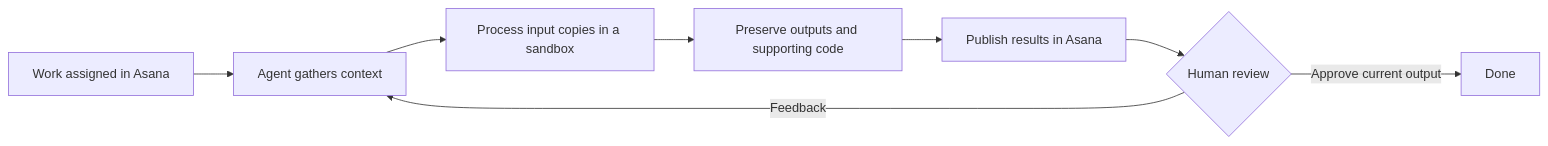
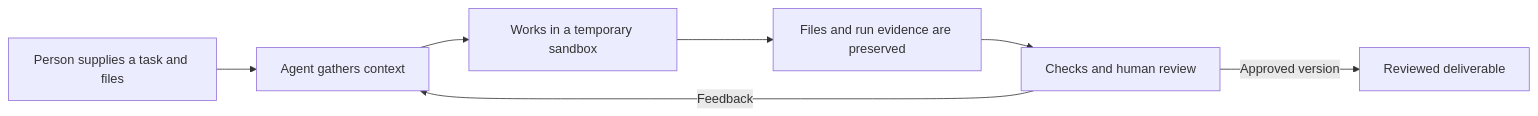
One commit to neil-yee/accounting-finance-agent changed the diagram in README.md. Above: the diagram before and after it, drawn with Mermaid. The commit also changed other lines of this file, not shown here.

Commit message:
docs: present finance agent prototype for portfolio

````diff
--- a/README.md
+++ b/README.md
@@ -21,10 +35,9 @@
 ```mermaid
 flowchart LR
-    A[Work assigned in Asana] --> B[Agent gathers context]
-    B --> C[Process input copies in a sandbox]
-    C --> D[Preserve outputs and supporting code]
-    D --> E[Publish results in Asana]
-    E --> F{Human review}
-    F -->|Feedback| B
-    F -->|Approve current output| G[Done]
+    A[Person supplies a task and files] --> B[Agent gathers context]
+    B --> C[Works in a temporary sandbox]
+    C --> D[Files and run evidence are preserved]
+    D --> E[Checks and human review]
+    E -->|Feedback| B
+    E -->|Approved version| F[Reviewed deliverable]
 ```
````
